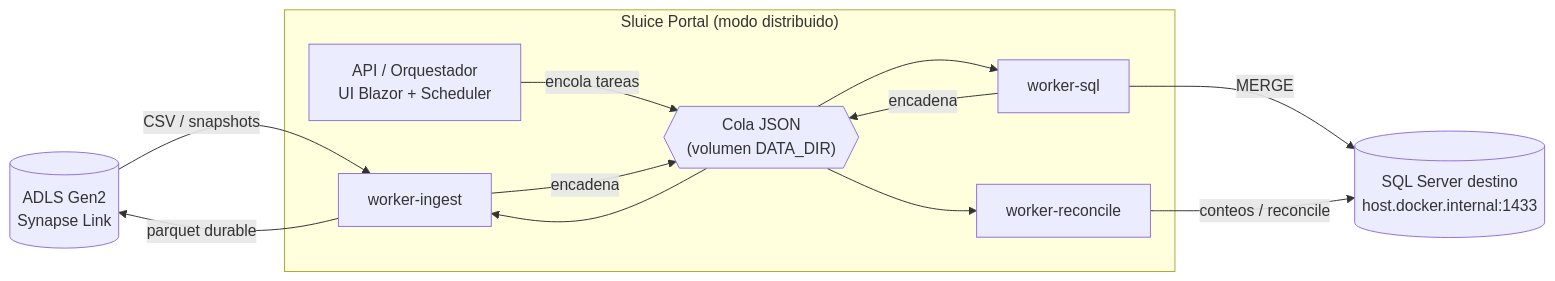
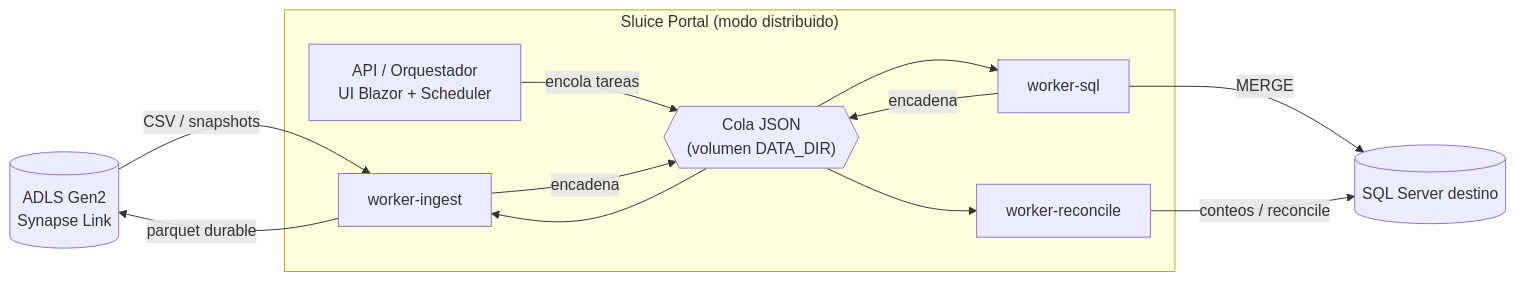
One commit to staroffire28/Sluice changed the diagram in README.md. Above: the diagram before and after it, drawn with Mermaid. The commit also changed other lines of this file and 1 other file, not shown here.

Commit message:
docs: drop host SQL Server setup from the Docker docs and compose (#3)
SQL Server is configured from the portal and runs on its own server. Removes the host.docker.internal guidance and the extra_hosts mapping.

````diff
--- a/README.md
+++ b/README.md
@@ -69,24 +69,24 @@
 ```mermaid
 flowchart LR
     ADLS[("ADLS Gen2<br/>Synapse Link")]
-    SQL[("SQL Server destino<br/>host.docker.internal:1433")]
+    SQL[("SQL Server destino")]
 
     subgraph Portal["Sluice Portal (modo distribuido)"]
         API["API / Orquestador<br/>UI Blazor + Scheduler"]
         Q{{"Cola JSON<br/>(volumen DATA_DIR)"}}
         WI["worker-ingest"]
         WS["worker-sql"]
         WR["worker-reconcile"]
     end
 
     API -->|encola tareas| Q
     Q --> WI
     Q --> WS
     Q --> WR
     ADLS -->|CSV / snapshots| WI
     WI -->|parquet durable| ADLS
     WI -->|encadena| Q
     WS -->|MERGE| SQL
     WS -->|encadena| Q
     WR -->|conteos / reconcile| SQL
 ```
````
